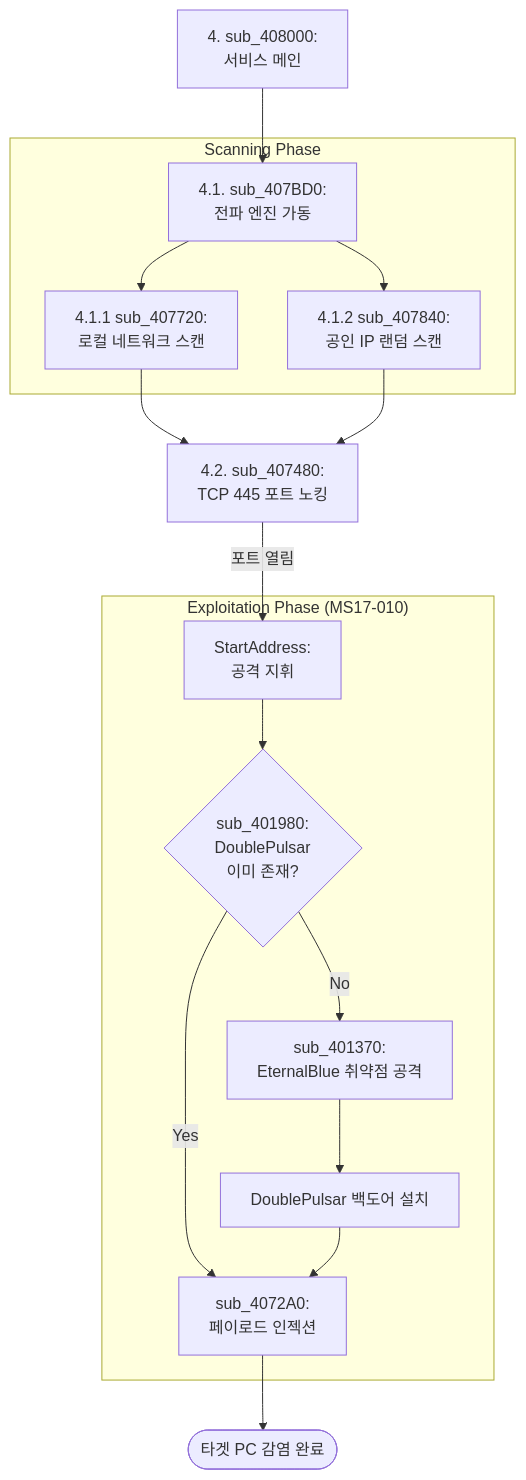
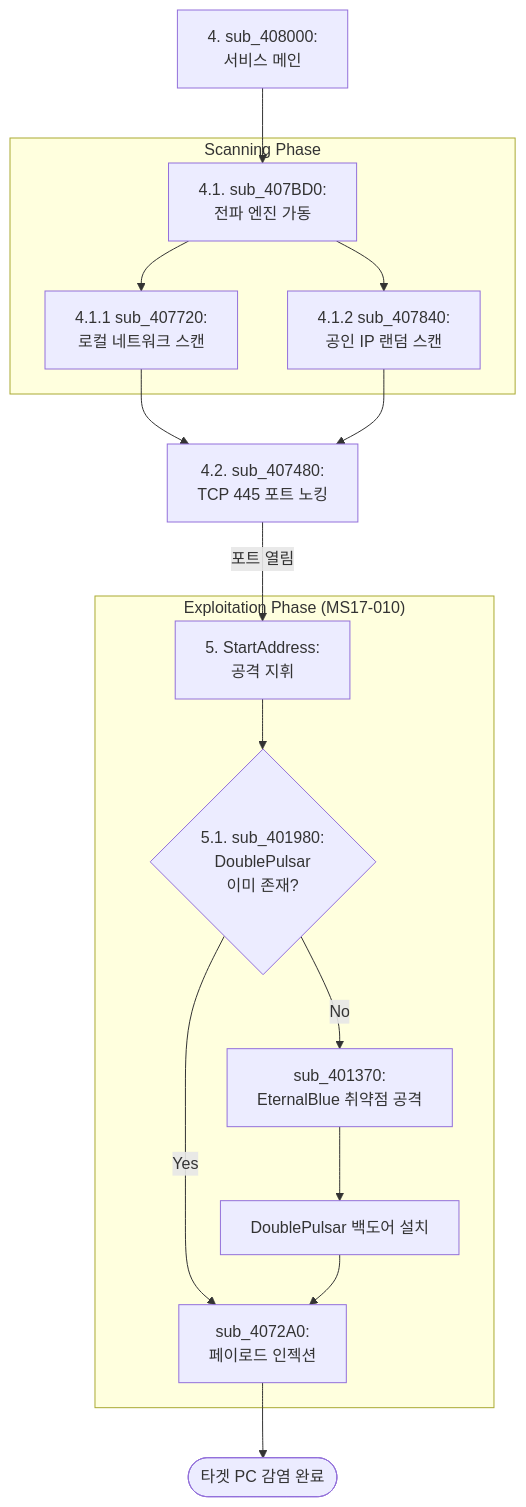
The second of 2 diagrams in mssecsvc.exe/README.md (BentLock/analysisWC), drawn with Mermaid before and after one commit. The commit also changed other lines of this file and 3 other files, not shown here.

````diff
--- a/mssecsvc.exe/README.md
+++ b/mssecsvc.exe/README.md
@@ -105,23 +107,23 @@
 ```mermaid
 graph TD
     ServiceStart[4. sub_408000:<br/>서비스 메인] --> WormEngine[4.1. sub_407BD0:<br/>전파 엔진 가동]
     
     subgraph "Scanning Phase"
         WormEngine --> LANScan[4.1.1 sub_407720:<br/>로컬 네트워크 스캔]
         WormEngine --> WANScan[4.1.2 sub_407840:<br/>공인 IP 랜덤 스캔]
     end
     
     LANScan & WANScan --> PortCheck[4.2. sub_407480:<br/>TCP 445 포트 노킹]
     
-    PortCheck -- "포트 열림" --> ExploitManager[StartAddress:<br/>공격 지휘]
+    PortCheck -- "포트 열림" --> ExploitManager[5. StartAddress:<br/>공격 지휘]
     
     subgraph "Exploitation Phase (MS17-010)"
-        ExploitManager --> CheckBackdoor{sub_401980:<br/>DoublePulsar<br/>이미 존재?}
+        ExploitManager --> CheckBackdoor{5.1. sub_401980:<br/>DoublePulsar<br/>이미 존재?}
         CheckBackdoor -- "No" --> EternalBlue[sub_401370:<br/>EternalBlue 취약점 공격]
         EternalBlue --> InstallBackdoor[DoublePulsar 백도어 설치]
         CheckBackdoor -- "Yes" --> InjectPayload[sub_4072A0:<br/>페이로드 인젝션]
         InstallBackdoor --> InjectPayload
     end
     
     InjectPayload --> InfectionSuccess([타겟 PC 감염 완료])
 ```
````
